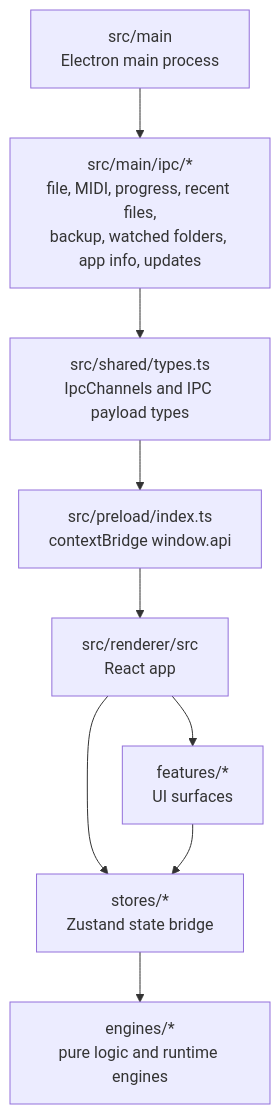
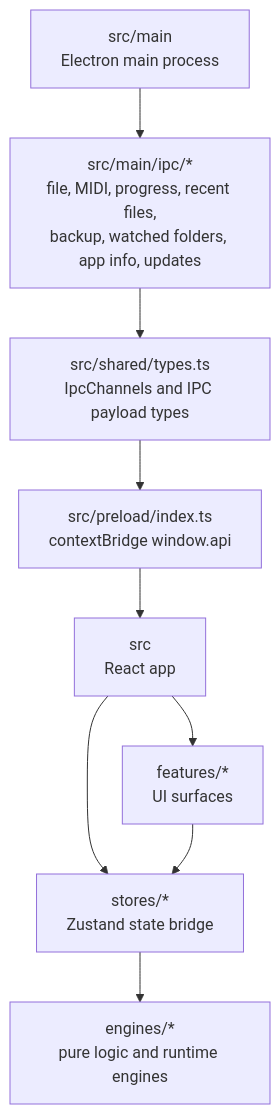
One commit to EndeavorYen/Rexiano changed the first of 6 diagrams in docs/architecture.md. Above: the diagram before and after it, drawn with Mermaid. The commit also changed other lines of this file and 584 other files, not shown here.

````diff
--- a/docs/architecture.md
+++ b/docs/architecture.md
@@ -30,20 +30,20 @@
 ```mermaid
 flowchart TB
     Main["src/main\nElectron main process"]
     IPC["src/main/ipc/*\nfile, MIDI, progress, recent files,\nbackup, watched folders, app info, updates"]
     Preload["src/preload/index.ts\ncontextBridge window.api"]
     Shared["src/shared/types.ts\nIpcChannels and IPC payload types"]
-    Renderer["src/renderer/src\nReact app"]
+    Renderer["src\nReact app"]
     Stores["stores/*\nZustand state bridge"]
     Features["features/*\nUI surfaces"]
     Engines["engines/*\npure logic and runtime engines"]
 
     Main --> IPC
     IPC --> Shared
     Shared --> Preload
     Preload --> Renderer
     Renderer --> Stores
     Renderer --> Features
     Stores --> Engines
     Features --> Stores
 ```
````
